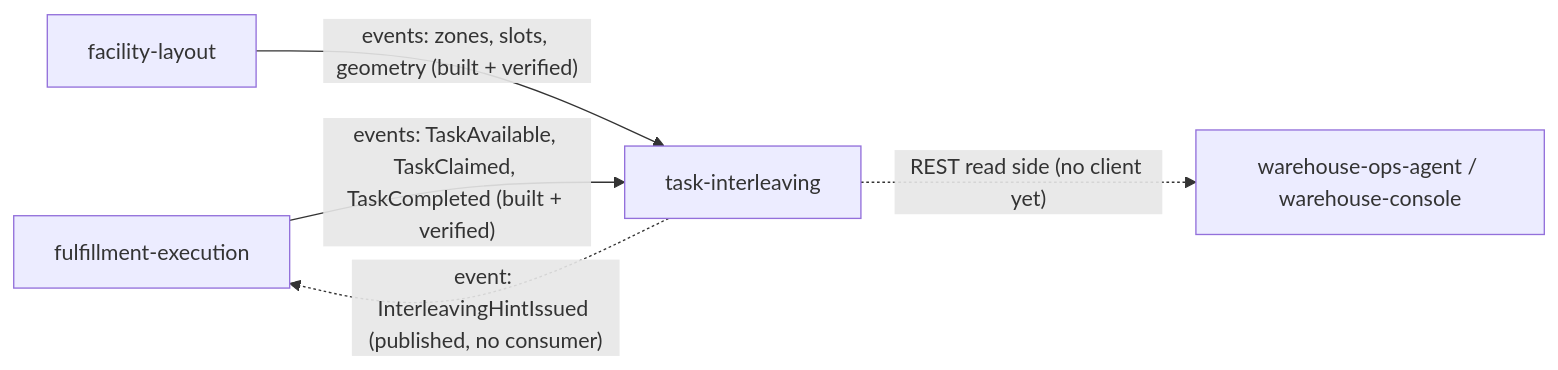
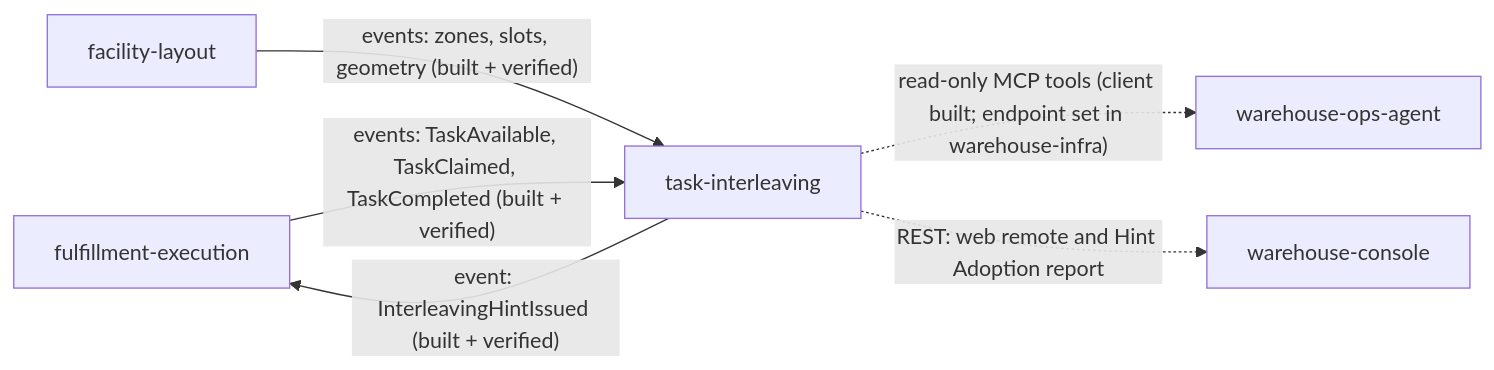
Before and after one commit to IQVO/task-interleaving: the diagram in docs/docs/ecosystem/integration.md, drawn with Mermaid. The commit also changed other lines of this file and 12 other files, not shown here.

````diff
--- a/docs/docs/ecosystem/integration.md
+++ b/docs/docs/ecosystem/integration.md
@@ -30,11 +32,13 @@
 ```mermaid
 flowchart LR
     FE["fulfillment-execution"]
     FL["facility-layout"]
     TI["task-interleaving"]
-    OA["warehouse-ops-agent / warehouse-console"]
+    OA["warehouse-ops-agent"]
+    CO["warehouse-console"]
     FL -- "events: zones, slots, geometry (built + verified)" --> TI
     FE -- "events: TaskAvailable, TaskClaimed, TaskCompleted (built + verified)" --> TI
-    TI -. "event: InterleavingHintIssued (published, no consumer)" .-> FE
-    TI -. "REST read side (no client yet)" .-> OA
+    TI -- "event: InterleavingHintIssued (built + verified)" --> FE
+    TI -. "read-only MCP tools (client built; endpoint set in warehouse-infra)" .-> OA
+    TI -. "REST: web remote and Hint Adoption report" .-> CO
 ```
````
